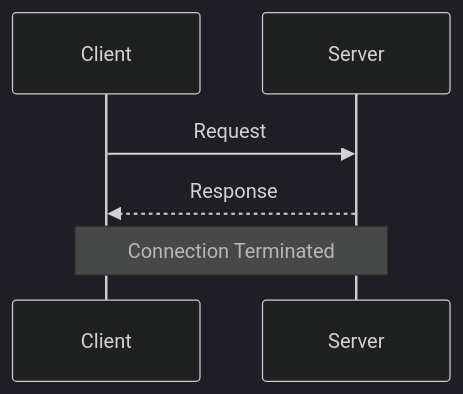
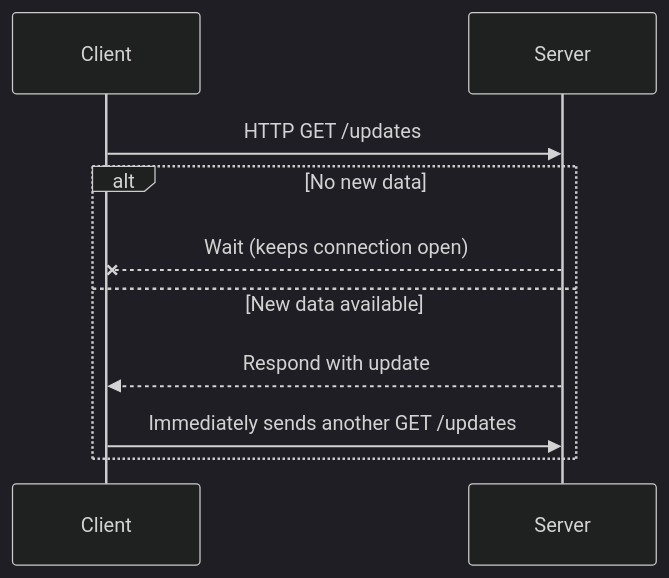
Before and after one commit to Charikshith/Learing_System_Design: diagram 11 of 16 in System_Design/3 - Protocols (System Design Fundamentals).md, drawn with Mermaid (dark theme). The commit also changed other lines of this file and 41 other files, not shown here.

````diff
--- a/System_Design/3 - Protocols (System Design Fundamentals).md
+++ b/System_Design/3 - Protocols (System Design Fundamentals).md
@@ -1193,9 +1131,12 @@
 ```mermaid
 sequenceDiagram
     participant Client
     participant Server
-
-    Client->>Server: Request
-    Server-->>Client: Response
-    Note over Client,Server: Connection Terminated
+    Client->>Server: HTTP GET /updates
+    alt No new data
+        Server--xClient: Wait (keeps connection open)
+    else New data available
+        Server-->>Client: Respond with update
+        Client->>Server: Immediately sends another GET /updates
+    end
 ```
````
